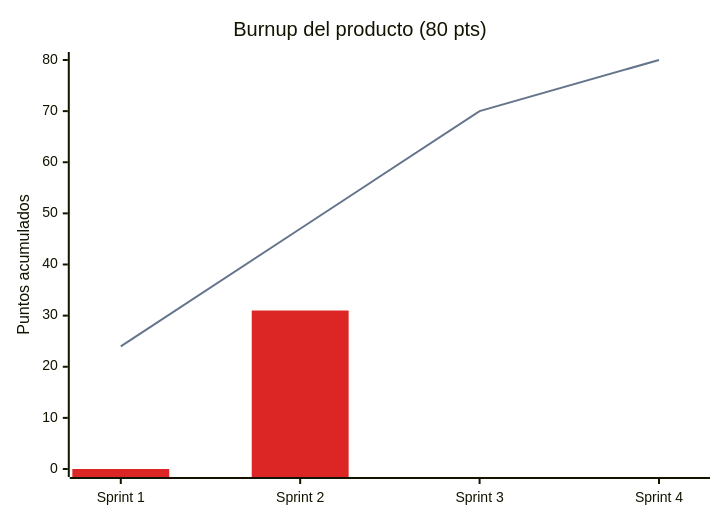
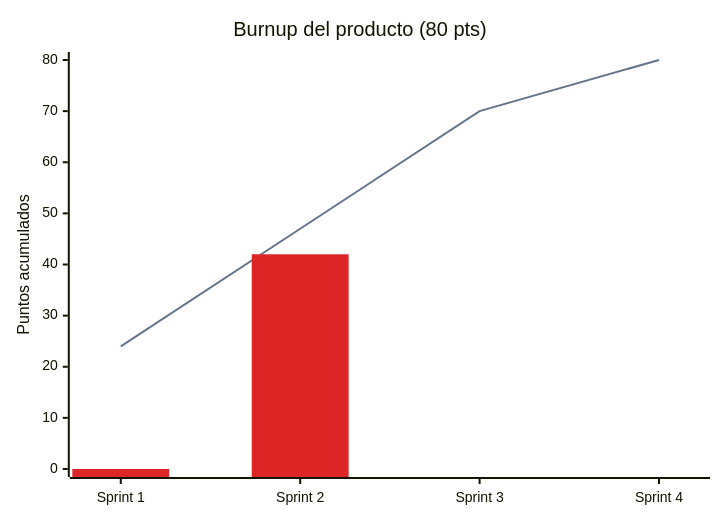
One commit to notNorthStar/Abarrotes- changed the second of 2 diagrams in docs/scrum/burndown.md. Above: the diagram before and after it, drawn with Mermaid. The commit also changed other lines of this file and 8 other files, not shown here.

````diff
--- a/docs/scrum/burndown.md
+++ b/docs/scrum/burndown.md
@@ -57,9 +57,9 @@
 ```mermaid
 %%{init: {"themeVariables": {"xyChart": {"plotColorPalette": "#64748b, #dc2626"}}}}%%
 xychart-beta
     title "Burnup del producto (80 pts)"
     x-axis ["Sprint 1", "Sprint 2", "Sprint 3", "Sprint 4"]
     y-axis "Puntos acumulados" 0 --> 80
     line [24, 47, 70, 80]
-    bar [0, 31]
+    bar [0, 42]
 ```
````
